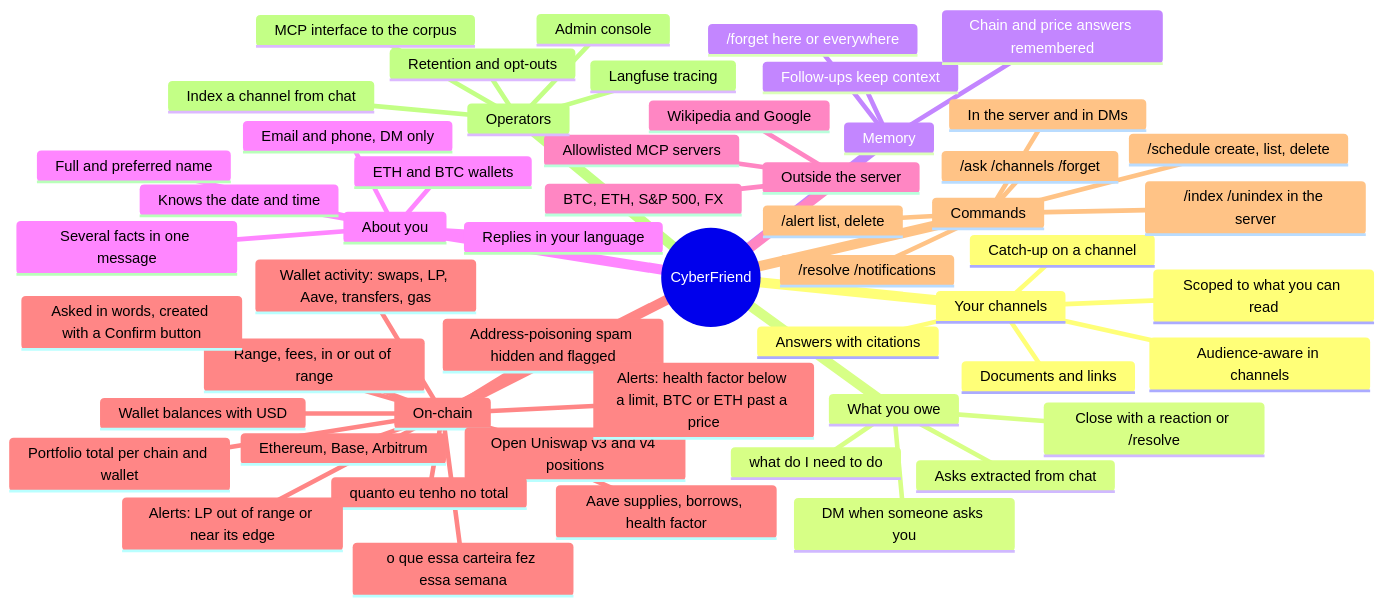
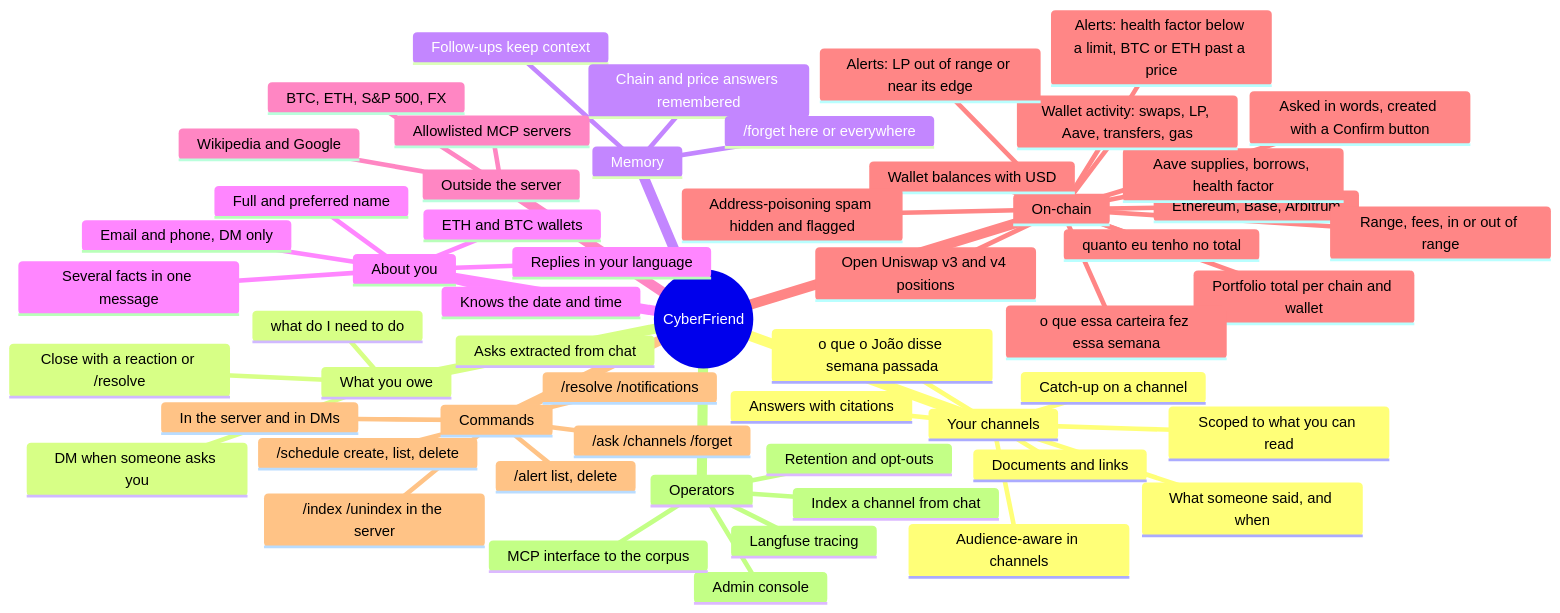
One commit to CyberdyneCorp/CyberFriend changed the first of 4 diagrams in README.md. Above: the diagram before and after it, drawn with Mermaid. The commit also changed other lines of this file and 29 other files, not shown here.

````diff
--- a/README.md
+++ b/README.md
@@ -41,57 +42,59 @@
 ```mermaid
 mindmap
   root((CyberFriend))
     Your channels
       Answers with citations
       Scoped to what you can read
       Audience-aware in channels
       Documents and links
       Catch-up on a channel
+      What someone said, and when
+      o que o João disse semana passada
     What you owe
       Asks extracted from chat
       what do I need to do
       Close with a reaction or /resolve
       DM when someone asks you
     Memory
       Follow-ups keep context
       Chain and price answers remembered
       /forget here or everywhere
     About you
       Full and preferred name
       Email and phone, DM only
       ETH and BTC wallets
       Several facts in one message
       Replies in your language
       Knows the date and time
     Outside the server
       Wikipedia and Google
       Allowlisted MCP servers
       BTC, ETH, S&P 500, FX
     On-chain
       Ethereum, Base, Arbitrum
       Wallet balances with USD
       Open Uniswap v3 and v4 positions
       Range, fees, in or out of range
       Aave supplies, borrows, health factor
       Portfolio total per chain and wallet
       quanto eu tenho no total
       Wallet activity: swaps, LP, Aave, transfers, gas
       o que essa carteira fez essa semana
       Address-poisoning spam hidden and flagged
       Alerts: LP out of range or near its edge
       Alerts: health factor below a limit, BTC or ETH past a price
       Asked in words, created with a Confirm button
     Commands
       /ask /channels /forget
       /resolve /notifications
       /schedule create, list, delete
       /alert list, delete
       In the server and in DMs
       /index /unindex in the server
     Operators
       Index a channel from chat
       Admin console
       MCP interface to the corpus
       Langfuse tracing
       Retention and opt-outs
 ```
````
